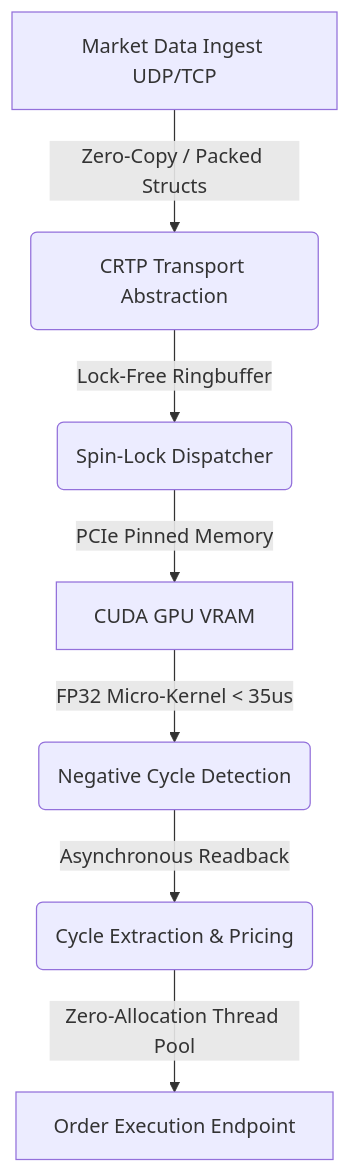
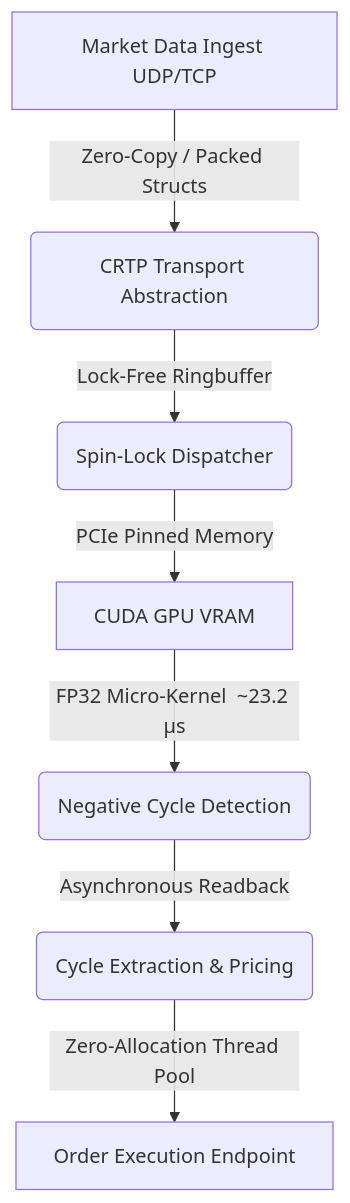
The diagram in README.md (JoshyDo/HFT-Engine), drawn with Mermaid before and after one commit. The commit also changed other lines of this file and 9 other files, not shown here.

````diff
--- a/README.md
+++ b/README.md
@@ -17,10 +17,10 @@
 ```mermaid
 graph TD;
     A[Market Data Ingest UDP/TCP] -->|Zero-Copy / Packed Structs| B(CRTP Transport Abstraction);
     B -->|Lock-Free Ringbuffer| C(Spin-Lock Dispatcher);
     C -->|PCIe Pinned Memory| D[CUDA GPU VRAM];
-    D -->|FP32 Micro-Kernel < 35us| E(Negative Cycle Detection);
+    D -->|FP32 Micro-Kernel  ~23.2 µs| E(Negative Cycle Detection);
     E -->|Asynchronous Readback| F(Cycle Extraction & Pricing);
     F -->|Zero-Allocation Thread Pool| G[Order Execution Endpoint];
 
 ```
````
